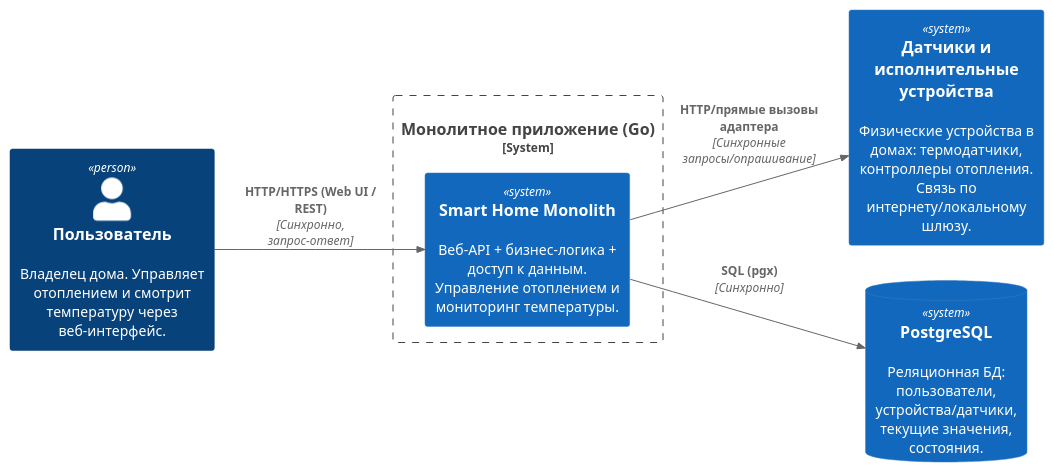
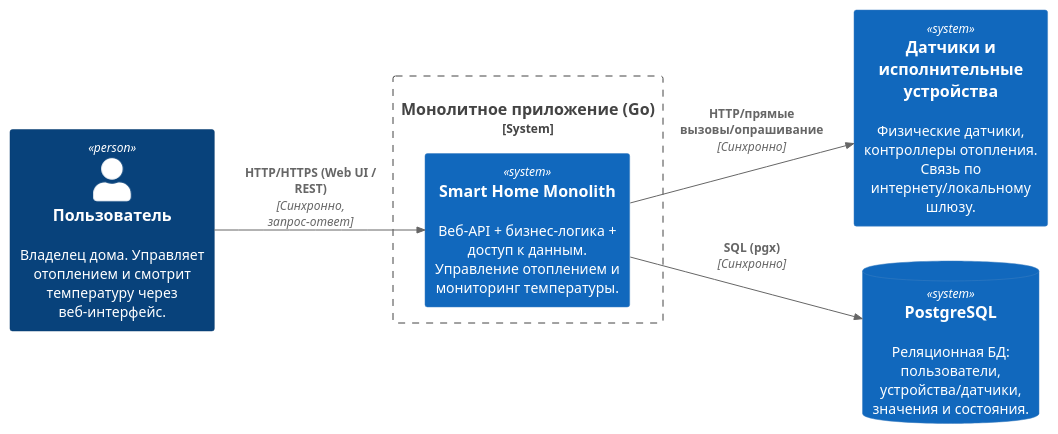
One commit to LobovVit/arc-warmhouse changed the diagram in schemas/As-Is-C4-Context.puml. Above: the diagram before and after it, drawn with PlantUML. The commit also changed 1 other file, not shown here.

```diff
--- a/schemas/As-Is-C4-Context.puml
+++ b/schemas/As-Is-C4-Context.puml
@@ -1,19 +1,20 @@
 @startuml
 !include https://raw.githubusercontent.com/plantuml-stdlib/C4-PlantUML/master/C4_Context.puml
 LAYOUT_LEFT_RIGHT()
-' Акторы
+
+' Акторы и внешние системы
 Person(user, "Пользователь", "Владелец дома. Управляет отоплением и смотрит температуру через веб-интерфейс.")
-System(sensor, "Датчики и исполнительные устройства", "Физические устройства в домах: термодатчики, контроллеры отопления. Связь по интернету/локальному шлюзу.")
-SystemDb(db, "PostgreSQL", "Реляционная БД: пользователи, устройства/датчики, текущие значения, состояния.")
+System(sensor, "Датчики и исполнительные устройства", "Физические датчики, контроллеры отопления. Связь по интернету/локальному шлюзу.")
+SystemDb(db, "PostgreSQL", "Реляционная БД: пользователи, устройства/датчики, значения и состояния.")
 
-' как есть
+' Как есть — один монолит
 System_Boundary(monolith_boundary, "Монолитное приложение (Go)") {
   System(monolith, "Smart Home Monolith", "Веб-API + бизнес-логика + доступ к данным. Управление отоплением и мониторинг температуры.")
 }
 
 ' Взаимодействия
 Rel(user, monolith, "HTTP/HTTPS (Web UI / REST)", "Синхронно, запрос-ответ")
 Rel(monolith, db, "SQL (pgx)", "Синхронно")
-Rel(monolith, sensor, "HTTP/прямые вызовы адаптера", "Синхронные запросы/опрашивание")
+Rel(monolith, sensor, "HTTP/прямые вызовы/опрашивание", "Синхронно")
 
 @enduml
```
